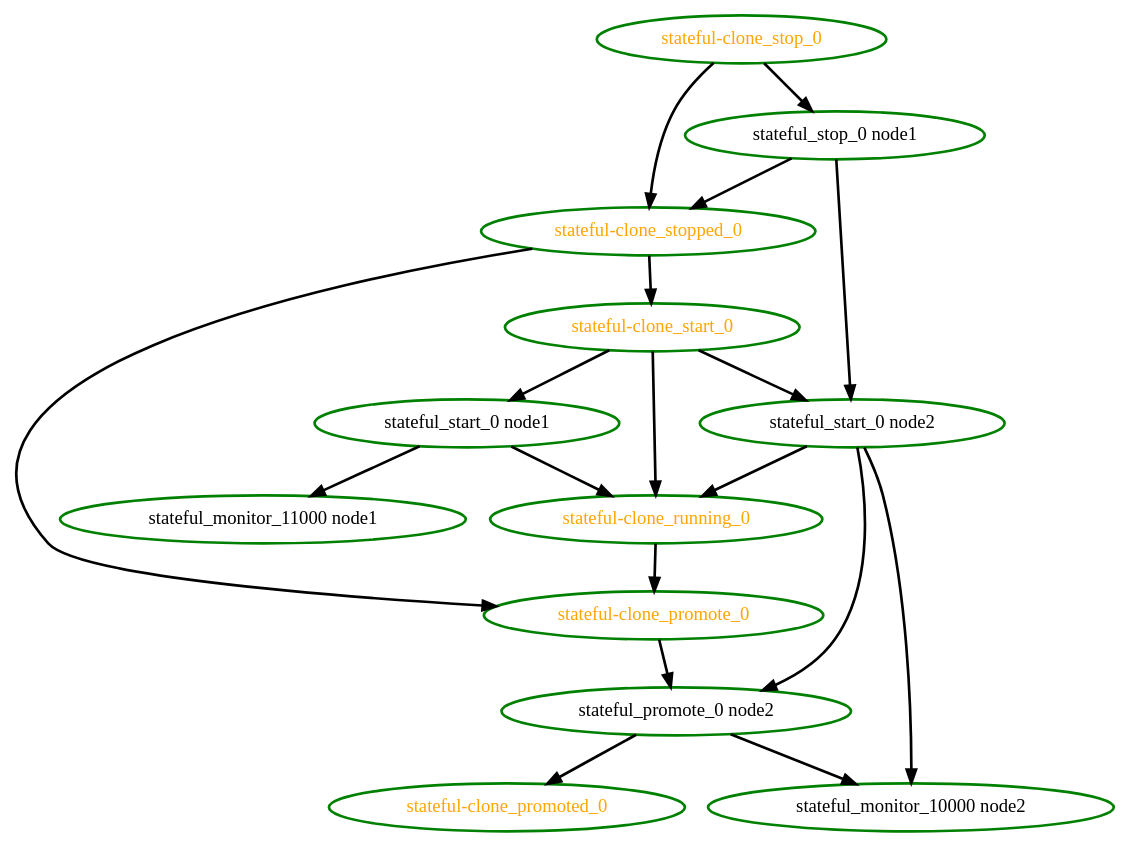
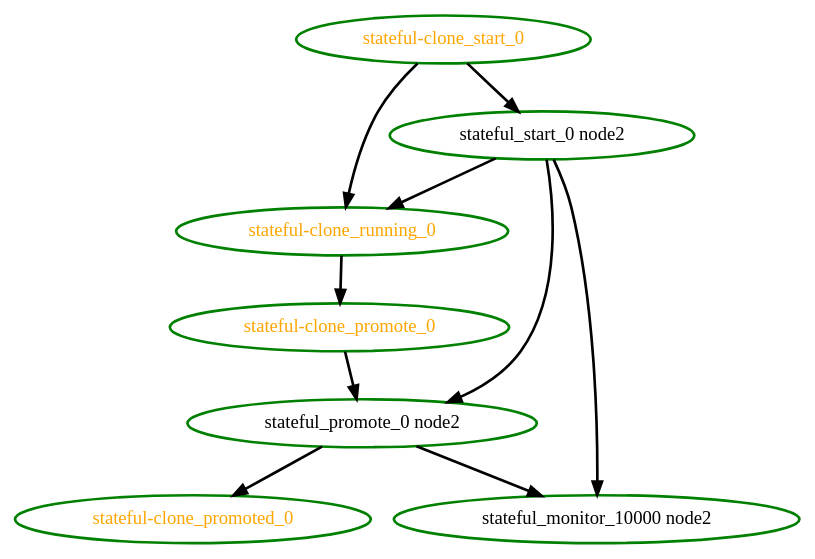
One commit to nrwahl2/pacemaker changed the diagram in cts/scheduler/clone-anon-recover-promoted.dot. Above: the diagram before and after it, drawn with Graphviz. The commit also changed 4 other files, not shown here.

```diff
--- a/cts/scheduler/clone-anon-recover-promoted.dot
+++ b/cts/scheduler/clone-anon-recover-promoted.dot
@@ -1,32 +1,18 @@
  digraph "g" {
 "stateful-clone_promote_0" -> "stateful_promote_0 node2" [ style = bold]
 "stateful-clone_promote_0" [ style=bold color="green" fontcolor="orange"]
 "stateful-clone_promoted_0" [ style=bold color="green" fontcolor="orange"]
 "stateful-clone_running_0" -> "stateful-clone_promote_0" [ style = bold]
 "stateful-clone_running_0" [ style=bold color="green" fontcolor="orange"]
 "stateful-clone_start_0" -> "stateful-clone_running_0" [ style = bold]
-"stateful-clone_start_0" -> "stateful_start_0 node1" [ style = bold]
 "stateful-clone_start_0" -> "stateful_start_0 node2" [ style = bold]
 "stateful-clone_start_0" [ style=bold color="green" fontcolor="orange"]
-"stateful-clone_stop_0" -> "stateful-clone_stopped_0" [ style = bold]
-"stateful-clone_stop_0" -> "stateful_stop_0 node1" [ style = bold]
-"stateful-clone_stop_0" [ style=bold color="green" fontcolor="orange"]
-"stateful-clone_stopped_0" -> "stateful-clone_promote_0" [ style = bold]
-"stateful-clone_stopped_0" -> "stateful-clone_start_0" [ style = bold]
-"stateful-clone_stopped_0" [ style=bold color="green" fontcolor="orange"]
 "stateful_monitor_10000 node2" [ style=bold color="green" fontcolor="black"]
-"stateful_monitor_11000 node1" [ style=bold color="green" fontcolor="black"]
 "stateful_promote_0 node2" -> "stateful-clone_promoted_0" [ style = bold]
 "stateful_promote_0 node2" -> "stateful_monitor_10000 node2" [ style = bold]
 "stateful_promote_0 node2" [ style=bold color="green" fontcolor="black"]
-"stateful_start_0 node1" -> "stateful-clone_running_0" [ style = bold]
-"stateful_start_0 node1" -> "stateful_monitor_11000 node1" [ style = bold]
-"stateful_start_0 node1" [ style=bold color="green" fontcolor="black"]
 "stateful_start_0 node2" -> "stateful-clone_running_0" [ style = bold]
 "stateful_start_0 node2" -> "stateful_monitor_10000 node2" [ style = bold]
 "stateful_start_0 node2" -> "stateful_promote_0 node2" [ style = bold]
 "stateful_start_0 node2" [ style=bold color="green" fontcolor="black"]
-"stateful_stop_0 node1" -> "stateful-clone_stopped_0" [ style = bold]
-"stateful_stop_0 node1" -> "stateful_start_0 node2" [ style = bold]
-"stateful_stop_0 node1" [ style=bold color="green" fontcolor="black"]
 }
```
